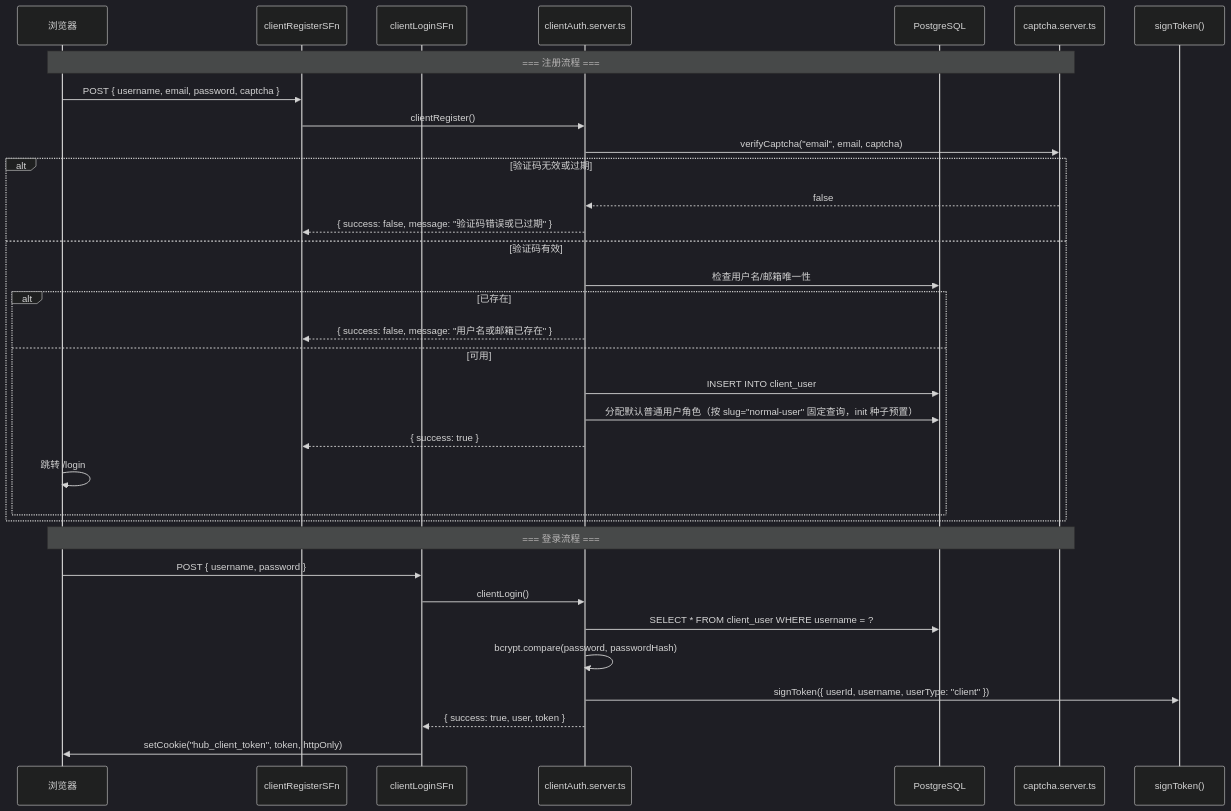
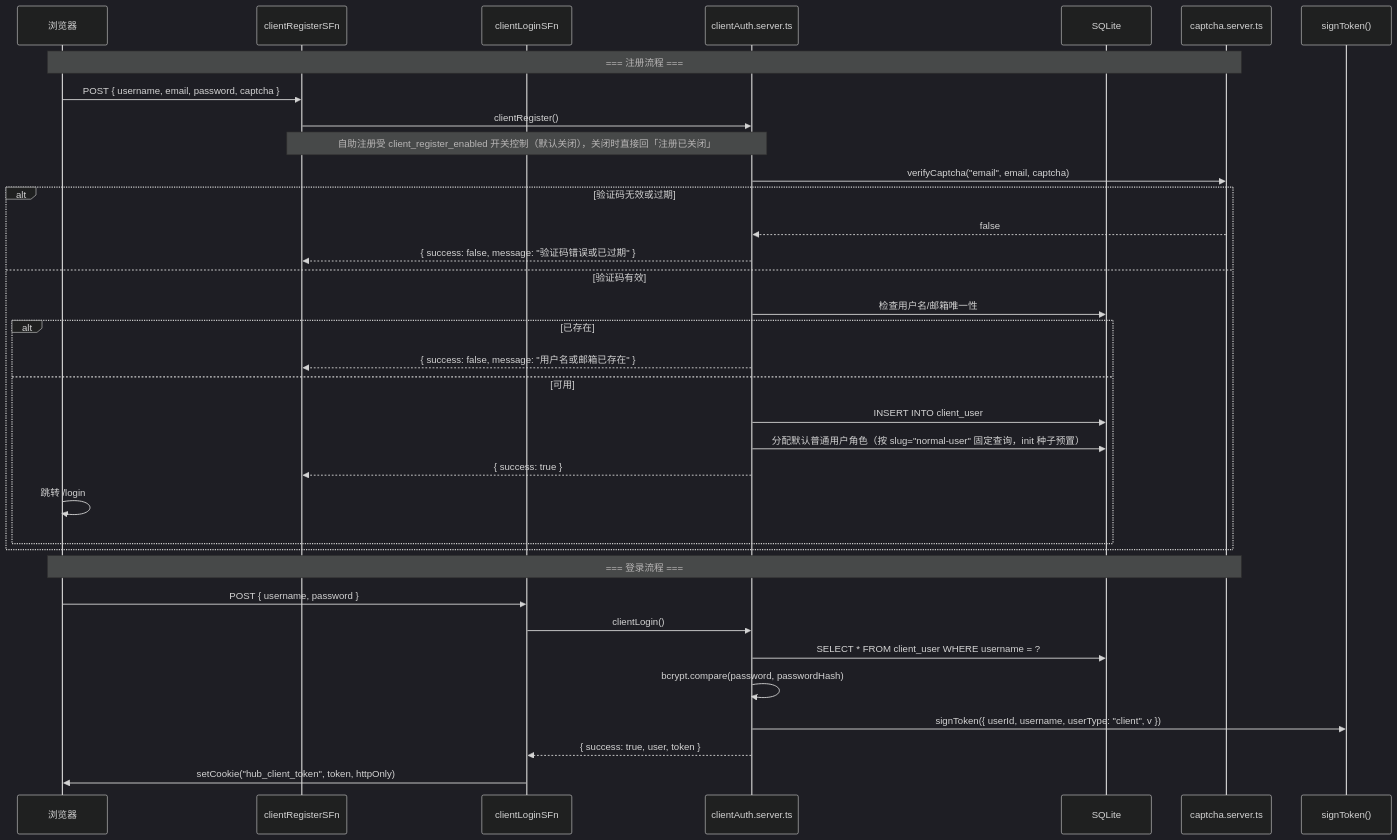
One commit to lvyueyang/ucode-hub changed the fourth of 6 diagrams in docs/auth-permission-model.md. Above: the diagram before and after it, drawn with Mermaid (dark theme). The commit also changed other lines of this file and 3 other files, not shown here.

````diff
--- a/docs/auth-permission-model.md
+++ b/docs/auth-permission-model.md
@@ -220,41 +228,43 @@
 ```mermaid
 sequenceDiagram
     participant Browser as 浏览器
     participant RegisterSF as clientRegisterSFn
     participant LoginSF as clientLoginSFn
     participant Server as clientAuth.server.ts
-    participant DB as PostgreSQL
+    participant DB as SQLite
     participant Captcha as captcha.server.ts
     participant JWT as signToken()
 
     Note over Browser,Captcha: === 注册流程 ===
 
     Browser->>RegisterSF: POST { username, email, password, captcha }
     RegisterSF->>Server: clientRegister()
+
+    Note over RegisterSF,Server: 自助注册受 client_register_enabled 开关控制（默认关闭），关闭时直接回「注册已关闭」
 
     Server->>Captcha: verifyCaptcha("email", email, captcha)
     alt 验证码无效或过期
         Captcha-->>Server: false
         Server-->>RegisterSF: { success: false, message: "验证码错误或已过期" }
     else 验证码有效
         Server->>DB: 检查用户名/邮箱唯一性
         alt 已存在
             Server-->>RegisterSF: { success: false, message: "用户名或邮箱已存在" }
         else 可用
             Server->>DB: INSERT INTO client_user
             Server->>DB: 分配默认普通用户角色（按 slug="normal-user" 固定查询，init 种子预置）
             Server-->>RegisterSF: { success: true }
             Browser->>Browser: 跳转 /login
         end
     end
 
     Note over Browser,Captcha: === 登录流程 ===
 
     Browser->>LoginSF: POST { username, password }
     LoginSF->>Server: clientLogin()
     Server->>DB: SELECT * FROM client_user WHERE username = ?
     Server->>Server: bcrypt.compare(password, passwordHash)
-    Server->>JWT: signToken({ userId, username, userType: "client" })
+    Server->>JWT: signToken({ userId, username, userType: "client", v })
     Server-->>LoginSF: { success: true, user, token }
     LoginSF->>Browser: setCookie("hub_client_token", token, httpOnly)
 ```
````
